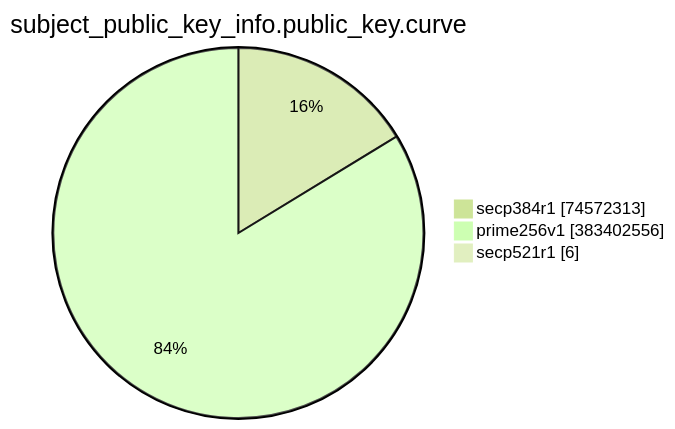
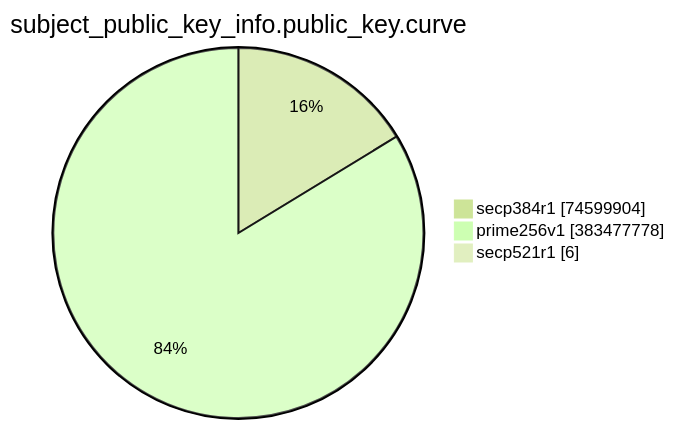
The eighth of 15 diagrams in TOTAL/README.md (christiankrug/ctmonitor_visualization), drawn with Mermaid (forest theme) before and after one commit. The commit also changed other lines of this file, not shown here.

````diff
--- a/TOTAL/README.md
+++ b/TOTAL/README.md
@@ -3094,7 +3094,7 @@
 ```mermaid
 pie showData
 title subject_public_key_info.public_key.curve
-"secp384r1" :74572313
-"prime256v1" :383402556
+"secp384r1" :74599904
+"prime256v1" :383477778
 "secp521r1" :6
 ```
````
